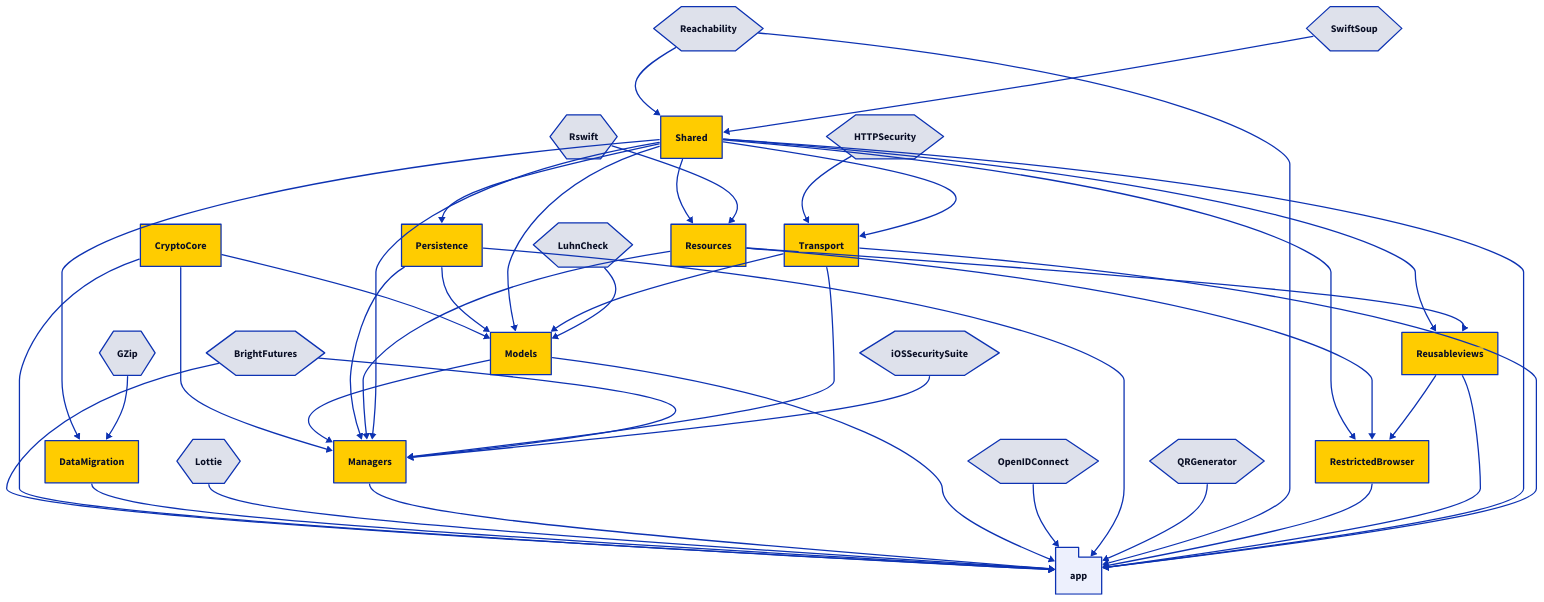
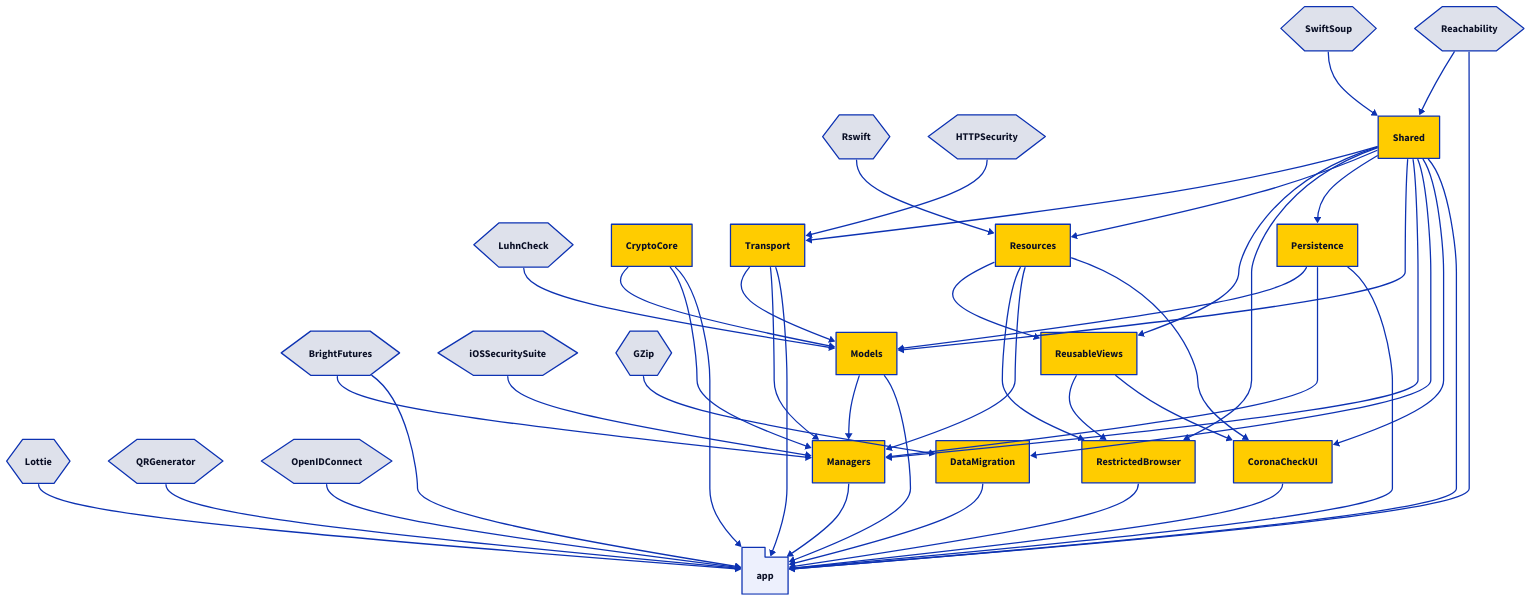
Before and after one commit to minvws/nl-covid19-coronacheck-app-ios: the diagram in Diagrams/packages-withouttests.d2, drawn with D2. The commit also changed 2 other files, not shown here.

Commit message:
Regenerated diagrams

```diff
--- a/Diagrams/packages-withouttests.d2
+++ b/Diagrams/packages-withouttests.d2
@@ -1,106 +1,111 @@
 direction: down
 
 # Third-Party
 Rswift: {
   shape: hexagon
 }
 Reachability: {
   shape: hexagon
 }
 BrightFutures: {
   shape: hexagon
 }
 HTTPSecurity: {
   shape: hexagon
 }
 LuhnCheck: {
   shape: hexagon
 }
 iOSSecuritySuite: {
   shape: hexagon
 }
 Lottie: {
   shape: hexagon
 }
 QRGenerator: {
   shape: hexagon
 }
 OpenIDConnect: {
   shape: hexagon
 }
 SwiftSoup: {
   shape: hexagon
 }
 GZip: {
   shape: hexagon
 }
 
 # The application
 
 app: {
   shape: package
 }
 
 app <- BrightFutures
+app <- CoronaCheckUI
 app <- CryptoCore
 app <- DataMigration
 app <- Lottie
 app <- Managers
 app <- Models
 app <- OpenIDConnect
 app <- Persistence
 app <- QRGenerator
 app <- Reachability
 app <- RestrictedBrowser
-app <- Reusableviews
 app <- Shared
 app <- Transport
 
 # - Packages - 
+
+CoronaCheckUI { style.fill: "#ffcc00" }
+CoronaCheckUI <- Resources
+CoronaCheckUI <- ReusableViews
+CoronaCheckUI <- Shared
 
 CryptoCore { style.fill: "#ffcc00" }
 
 DataMigration { style.fill: "#ffcc00" }
 DataMigration <- Shared
 DataMigration <- GZip
 
 Managers { style.fill: "#ffcc00" }
 Managers <- CryptoCore
 Managers <- Models
 Managers <- Persistence
 Managers <- Resources
 Managers <- Shared
 Managers <- Transport
 Managers <- BrightFutures
 Managers <- iOSSecuritySuite
 
 Models { style.fill: "#ffcc00" }
 Models <- CryptoCore
 Models <- Persistence
 Models <- Shared
 Models <- Transport
 Models <- LuhnCheck
 
 Persistence { style.fill: "#ffcc00" }
 Persistence <- Shared
 
 Resources { style.fill: "#ffcc00" }
 Resources <- Shared
 Resources <- Rswift
 
 RestrictedBrowser { style.fill: "#ffcc00" }
 RestrictedBrowser <- Shared
 RestrictedBrowser <- Resources
 RestrictedBrowser <- ReusableViews
 
 ReusableViews { style.fill: "#ffcc00" }
 ReusableViews <- Shared
 ReusableViews <- Resources
 
 Shared { style.fill: "#ffcc00" }
 Shared <- Reachability
 Shared <- SwiftSoup
 
 Transport { style.fill: "#ffcc00" }
 Transport <- HTTPSecurity
 Transport <- Shared
```
